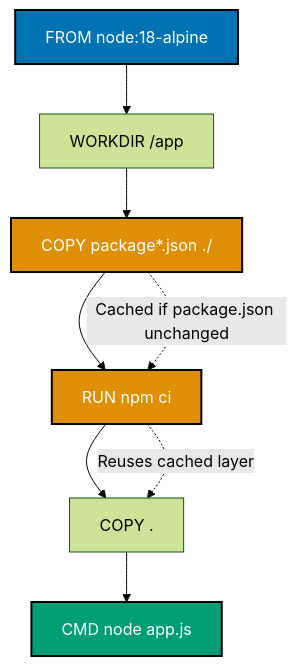
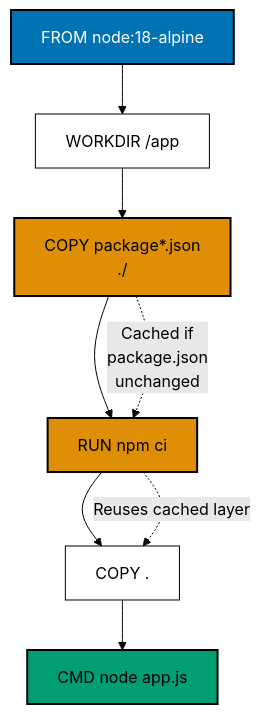
The first of 8 diagrams in apps/ayokoding-www/content/en/learn/legacy/software-engineering/infrastructure/tools/docker/by-example/beginner.md (wahidyankf/ose-public), drawn with Mermaid (forest theme) before and after one commit. The commit also changed other lines of this file and 131 other files, not shown here.

First line of the commit message:
fix(mermaid): bring the legacy data, infrastructure, and testing diagrams onto the accessible palette

````diff
--- a/apps/ayokoding-www/content/en/learn/legacy/software-engineering/infrastructure/tools/docker/by-example/beginner.md
+++ b/apps/ayokoding-www/content/en/learn/legacy/software-engineering/infrastructure/tools/docker/by-example/beginner.md
@@ -147,17 +147,23 @@
 ```mermaid
 %% Color Palette: Blue #0173B2, Orange #DE8F05, Teal #029E73, Purple #CC78BC, Brown #CA9161
 graph TD
+ accTitle: Example 4: Installing Dependencies in Dockerfile
+ accDescr: Graph with 6 nodes and 7 connections. Nodes: FROM node:18-alpine, WORKDIR /app, COPY package*.json ./, RUN npm ci, COPY ., CMD node app.js. Connections: FROM node:18-alpine to WORKDIR /app, WORKDIR /app to COPY package*.json ./, COPY package*.json ./ to RUN npm ci, RUN npm ci to COPY ., COPY . to CMD node app.js, COPY package*.json ./ to RUN npm ci (Cached if package.json unchanged), RUN npm ci to COPY . (Reuses cached layer).
  A["FROM node:18-alpine"] --> B["WORKDIR /app"]
- B --> C["COPY package*.json ./"]
+ B --> C["COPY package*.json<br/>./"]
  C --> D["RUN npm ci"]
  D --> E["COPY ."]
  E --> F["CMD node app.js"]
 
- C -.->|Cached if package.json unchanged| D
+ C -.->|Cached if<br/>package.json<br/>unchanged| D
  D -.->|Reuses cached layer| E
 
- style A fill:#0173B2,stroke:#000000,stroke-width:2px,color:#fff
- style C fill:#DE8F05,stroke:#000000,stroke-width:2px,color:#fff
- style D fill:#DE8F05,stroke:#000000,stroke-width:2px,color:#fff
- style F fill:#029E73,stroke:#000000,stroke-width:2px,color:#fff
+ classDef pal-0173B2 fill:#0173B2,stroke:#000000,color:#FFFFFF,stroke-width:2px
+ class A pal-0173B2
+ classDef pal-DE8F05 fill:#DE8F05,stroke:#000000,color:#000000,stroke-width:2px
+ class C pal-DE8F05
+ class D pal-DE8F05
+ classDef pal-029E73 fill:#029E73,stroke:#000000,color:#000000,stroke-width:2px
+ class F pal-029E73
+ classDef default fill:#FFFFFF,stroke:#000000,color:#000000
 ```
````
